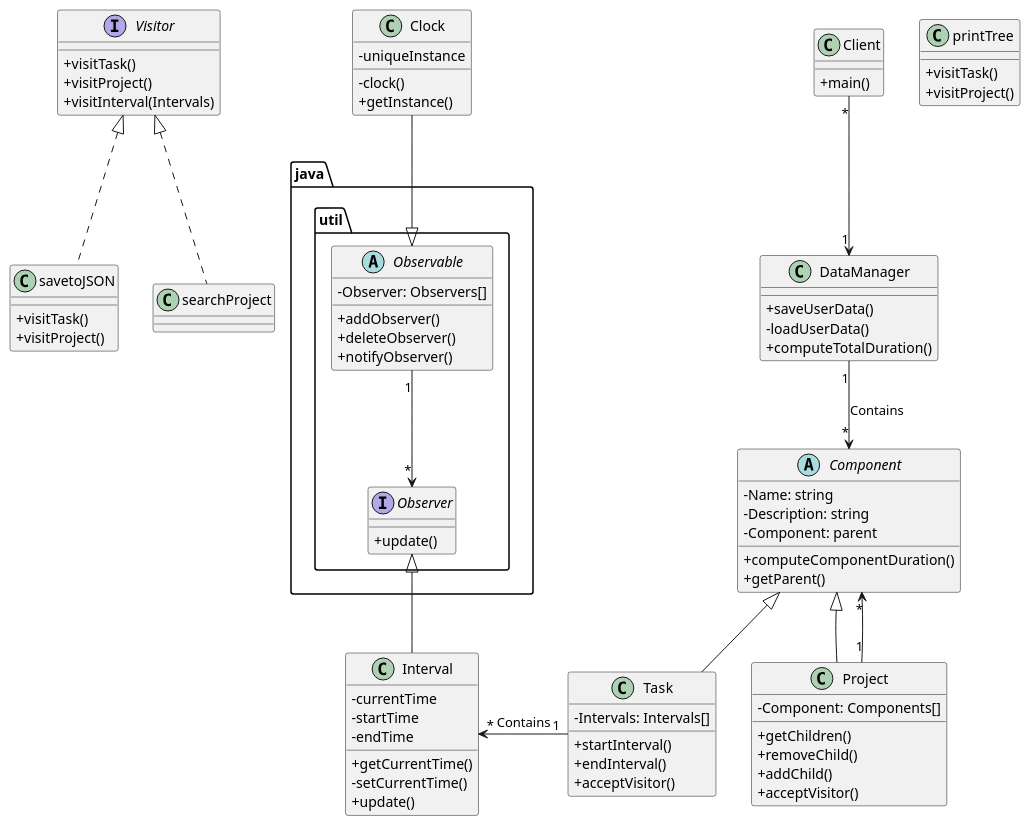
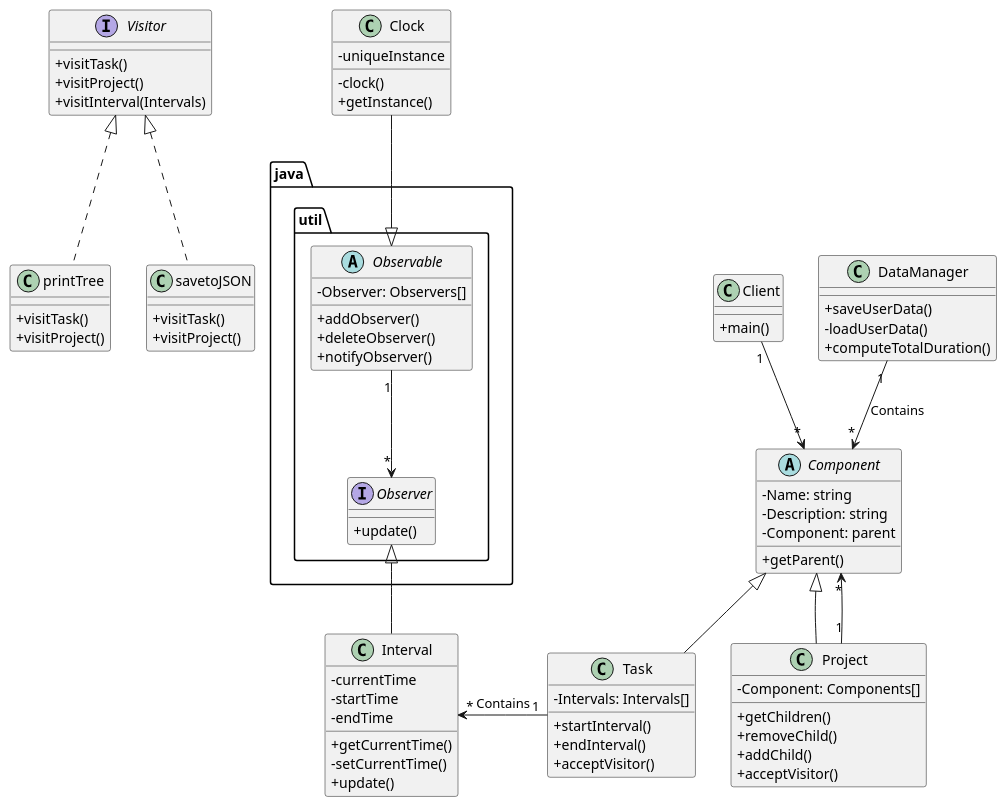
One commit to quimcamprubi/DS_Time_Tracker changed the diagram in Time_Tracker/DSTimeTracker.puml. Above: the diagram before and after it, drawn with PlantUML. The commit also changed 9 other files, not shown here.

```diff
--- a/Time_Tracker/DSTimeTracker.puml
+++ b/Time_Tracker/DSTimeTracker.puml
@@ -1,98 +1,97 @@
 @startuml 
 
 skinparam classAttributeIconSize 0
 skinparam linetype polyline
 
 abstract class Component {
 - Name: string
 - Description: string
 - Component: parent
-+ computeComponentDuration()
 + getParent()
 }
 
 class Project extends Component {
 - Component: Components[]
 + getChildren()
 + removeChild()
 + addChild()
 + acceptVisitor()
 }
 
 
 class Task extends Component {
 - Intervals: Intervals[]
 + startInterval()
 + endInterval()
 + acceptVisitor()
 }
 
 Interface Visitor{
 + visitTask()
 + visitProject()
 + visitInterval(Intervals)
 }
 
 class printTree {
 + visitTask()
 + visitProject()
 }
 
 class savetoJSON {
 + visitTask()
 + visitProject()
 }
 
 class Interval{
 - currentTime
 - startTime
 - endTime
 + getCurrentTime()
 - setCurrentTime()
 + update()
 
 }
 
 package java.util <<Folder>> {
     Interface Observer{
     + update()
     }
 
     abstract class Observable {
     - Observer: Observers[]
     + addObserver()
     + deleteObserver()
     + notifyObserver()
     }
 }
 
 
 class Clock {
 - uniqueInstance
 - clock()
 + getInstance()
 }
 
 class Client{
 + main()
 }
 
 class DataManager{  
 + saveUserData()
 - loadUserData()
 + computeTotalDuration()
 }
 
 
 DataManager "1" -down-> "*" Component: Contains
 Project "1" -up-> "*" Component
-Client "*" -down-> "1" DataManager
+Client "1" -down-> "*" Component
 Task "1" -left-> "*" Interval:Contains
 Clock -down-|> Observable
 Observable "1" -Down-> "*" Observer
 Interval -up-|> Observer
 Task -[hidden]right-> Project
-searchProject .up.|> Visitor
+printTree .up.|> Visitor
 savetoJSON .up.|> Visitor
 
 @enduml
```
